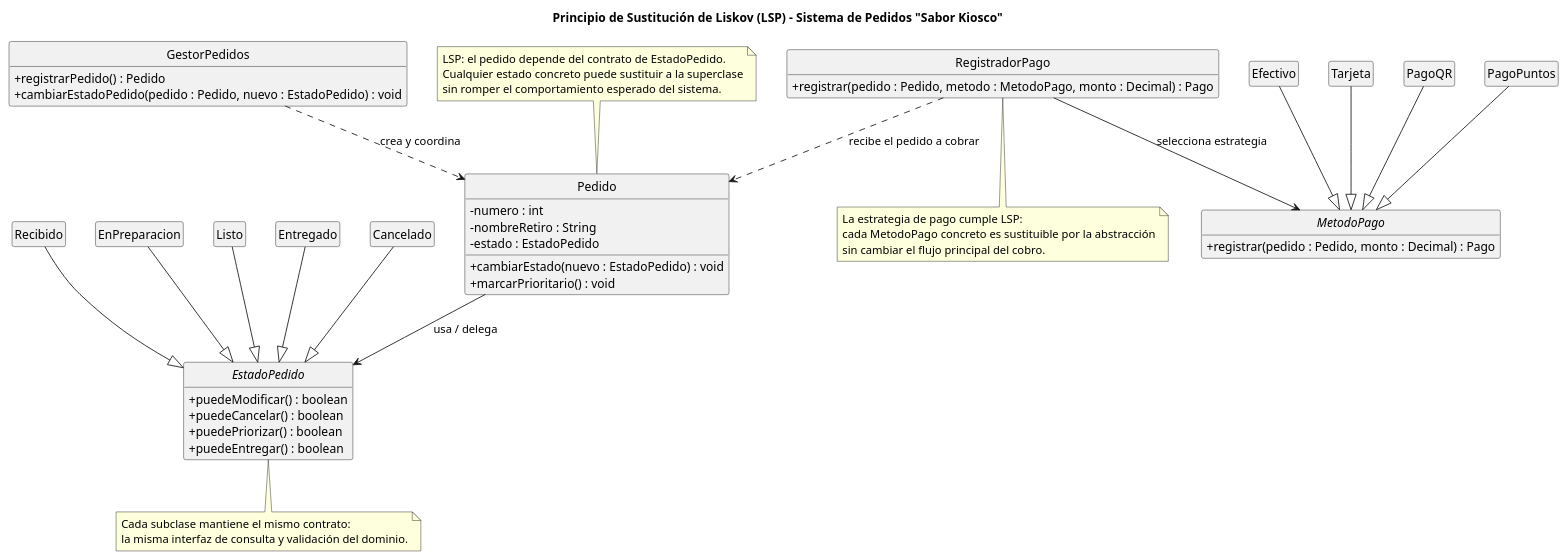
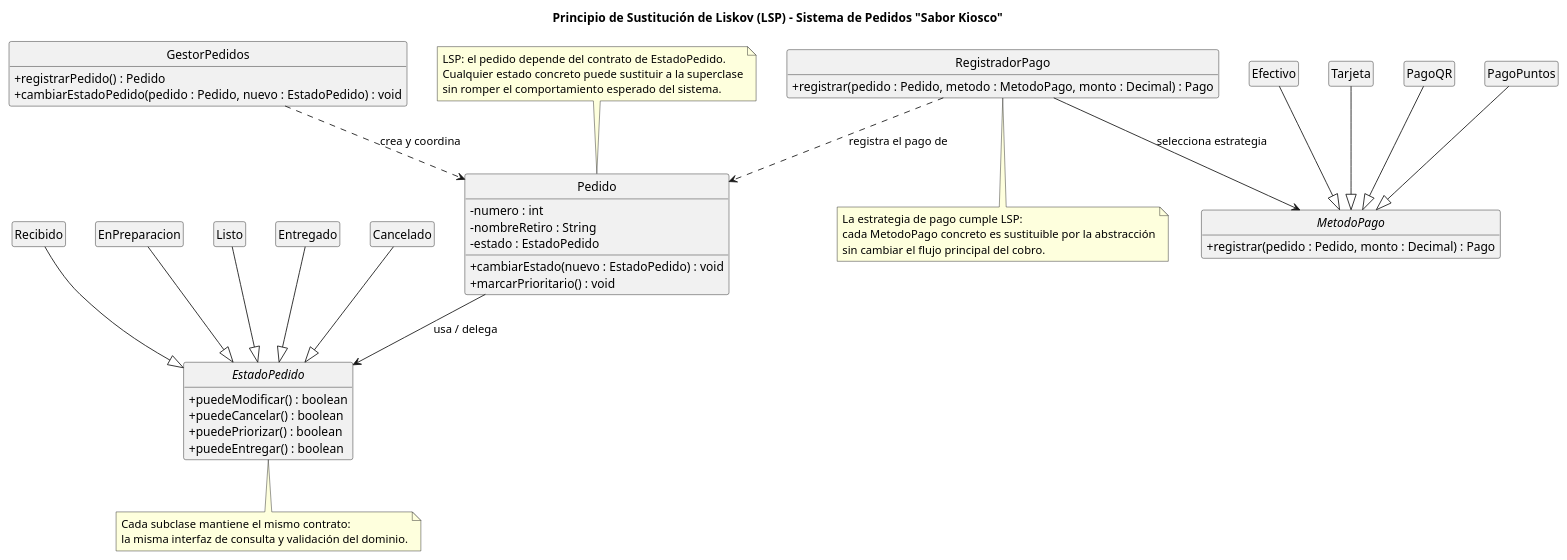
Before and after one commit to lucasmengarelli3/SistemaPedidos: the diagram in diagramas/01-diagrama-clases/01-solid-03-lsp.puml, drawn with PlantUML. The commit also changed 5 other files, not shown here.

```diff
--- a/diagramas/01-diagrama-clases/01-solid-03-lsp.puml
+++ b/diagramas/01-diagrama-clases/01-solid-03-lsp.puml
@@ -1,81 +1,81 @@
 @startuml
 skinparam shadowing false
 skinparam classAttributeIconSize 0
 hide empty members
 hide circle
 
 title Principio de Sustitución de Liskov (LSP) - Sistema de Pedidos "Sabor Kiosco"
 
 abstract class EstadoPedido {
   + puedeModificar() : boolean
   + puedeCancelar() : boolean
   + puedePriorizar() : boolean
   + puedeEntregar() : boolean
 }
 
 class Recibido
 class EnPreparacion
 class Listo
 class Entregado
 class Cancelado
 
 abstract class MetodoPago {
   + registrar(pedido : Pedido, monto : Decimal) : Pago
 }
 
 class Efectivo
 class Tarjeta
 class PagoQR
 class PagoPuntos
 
 class Pedido {
   - numero : int
   - nombreRetiro : String
   - estado : EstadoPedido
   + cambiarEstado(nuevo : EstadoPedido) : void
   + marcarPrioritario() : void
 }
 
 class RegistradorPago {
   + registrar(pedido : Pedido, metodo : MetodoPago, monto : Decimal) : Pago
 }
 
 class GestorPedidos {
   + registrarPedido() : Pedido
   + cambiarEstadoPedido(pedido : Pedido, nuevo : EstadoPedido) : void
 }
 
 Recibido --|> EstadoPedido
 EnPreparacion --|> EstadoPedido
 Listo --|> EstadoPedido
 Entregado --|> EstadoPedido
 Cancelado --|> EstadoPedido
 
 Efectivo --|> MetodoPago
 Tarjeta --|> MetodoPago
 PagoQR --|> MetodoPago
 PagoPuntos --|> MetodoPago
 
 Pedido --> EstadoPedido : usa / delega
-RegistradorPago ..> Pedido : recibe el pedido a cobrar
+RegistradorPago ..> Pedido : registra el pago de
 RegistradorPago --> MetodoPago : selecciona estrategia
 GestorPedidos ..> Pedido : crea y coordina
 
 note top of Pedido
   LSP: el pedido depende del contrato de EstadoPedido.
   Cualquier estado concreto puede sustituir a la superclase
   sin romper el comportamiento esperado del sistema.
 end note
 
 note bottom of EstadoPedido
   Cada subclase mantiene el mismo contrato:
   la misma interfaz de consulta y validación del dominio.
 end note
 
 note bottom of RegistradorPago
   La estrategia de pago cumple LSP:
   cada MetodoPago concreto es sustituible por la abstracción
   sin cambiar el flujo principal del cobro.
 end note
 
 @enduml
```
